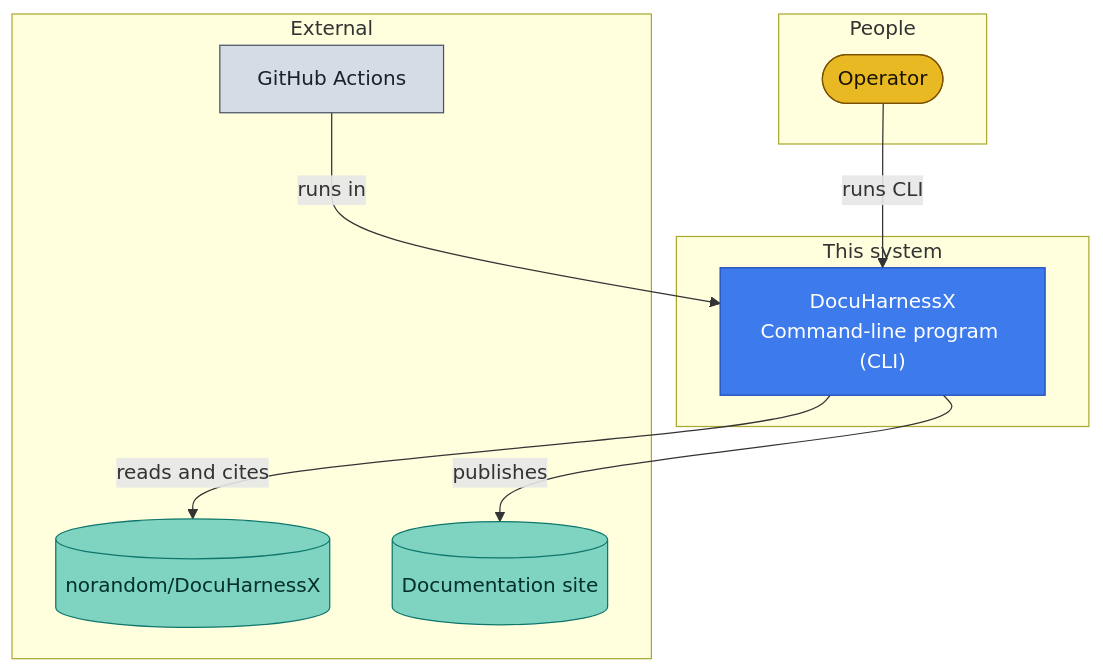
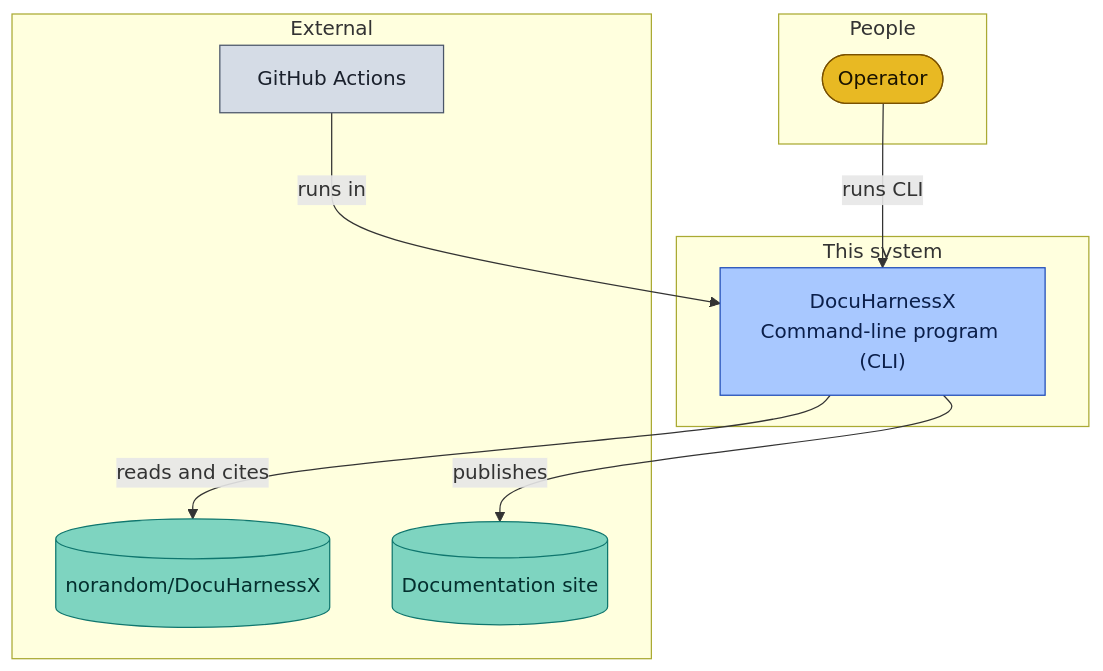
One commit to norandom/DocuHarnessX changed the first of 6 diagrams in docs/component-docuharnessx-3986831c.md. Above: the diagram before and after it, drawn with Mermaid. The commit also changed other lines of this file and 8 other files, not shown here.

First line of the commit message:
fix(comprehension-visuals): dark ink on light mermaid chips

````diff
--- a/docs/component-docuharnessx-3986831c.md
+++ b/docs/component-docuharnessx-3986831c.md
@@ -25,27 +25,27 @@
 ```mermaid
 flowchart TB
   subgraph people["People"]
     actor(["Operator"])
   end
   subgraph enterprise["This system"]
     sys["DocuHarnessX<br/>Command-line program (CLI)"]
   end
   subgraph external["External"]
     repo[("norandom/DocuHarnessX")]
     ci["GitHub Actions"]
     docs[("Documentation site")]
   end
   actor -->|"runs CLI"| sys
   sys -->|"reads and cites"| repo
   ci -->|"runs in"| sys
   sys -->|"publishes"| docs
   class actor person
   class sys system
   class repo,docs store
   class ci external
   classDef person fill:#E8B923,stroke:#7A5100,color:#1A1300
-  classDef system fill:#3D7AEC,stroke:#1E4BB8,color:#FFFFFF
+  classDef system fill:#A8C8FF,stroke:#1E4BB8,color:#0B1F4A
   classDef container fill:#B9D4FE,stroke:#2F62C4,color:#0B1F4A
   classDef external fill:#D5DCE6,stroke:#4A5568,color:#1A202C
   classDef store fill:#7ED4C0,stroke:#0F766E,color:#042F2E
 ```
````
